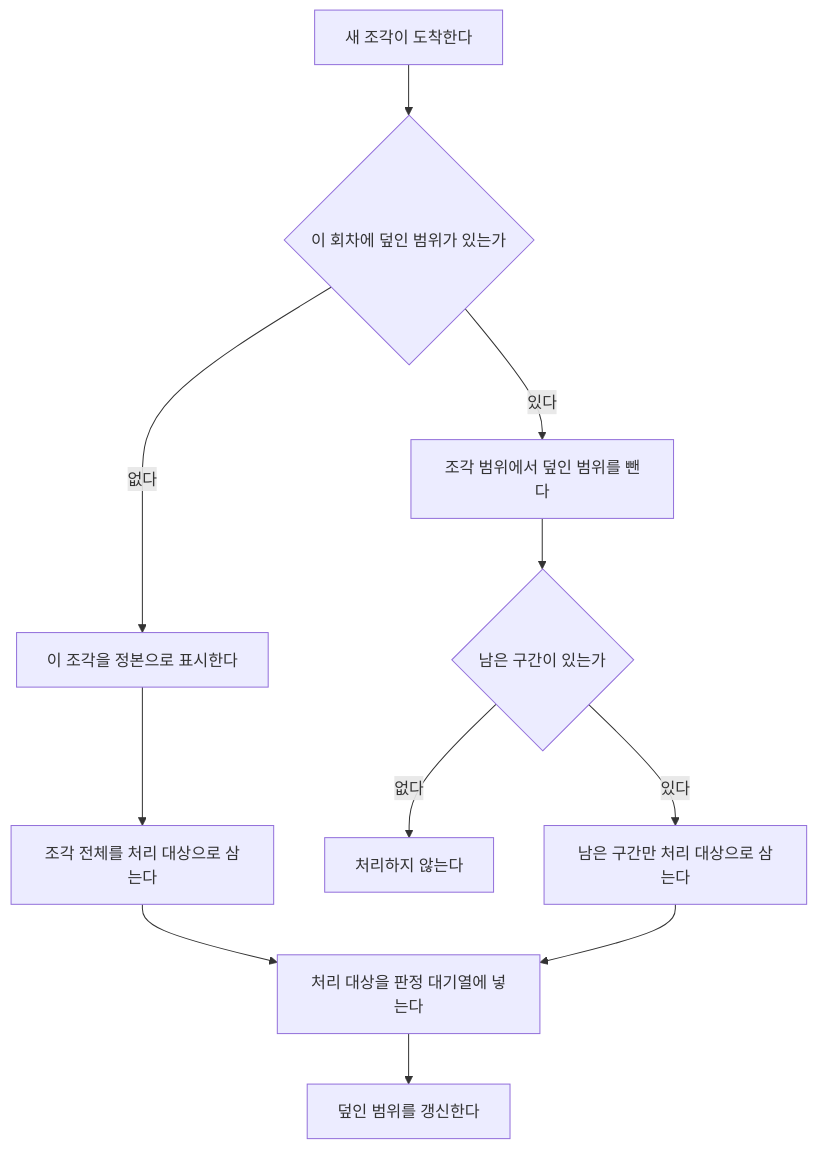
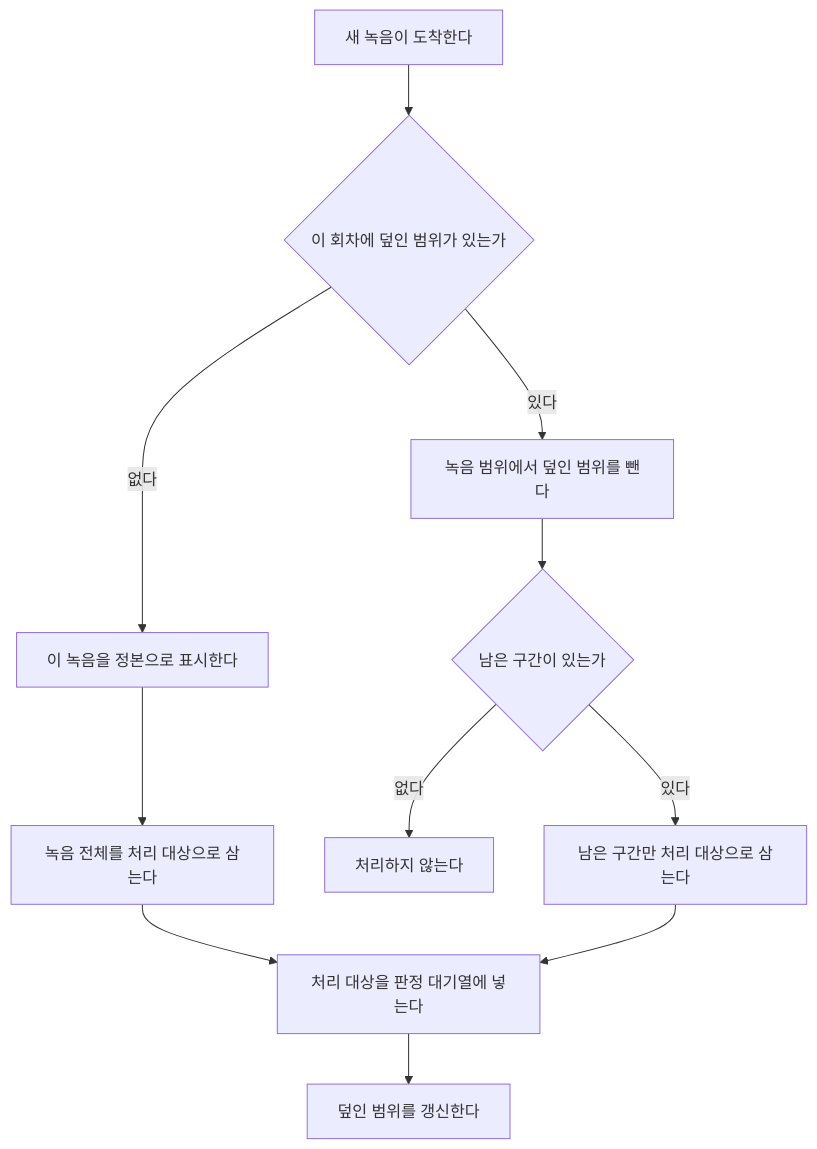
Before and after one commit to hayoungv/kokjip: the second of 4 diagrams in docs/03-tds/tds.md, drawn with Mermaid. The commit also changed other lines of this file and 29 other files, not shown here.

````diff
--- a/docs/03-tds/tds.md
+++ b/docs/03-tds/tds.md
@@ -113,13 +113,13 @@
 ```mermaid
 flowchart TD
-    도착["새 조각이 도착한다"] --> 있나{"이 회차에 덮인 범위가 있는가"}
-    있나 -->|"없다"| 정본["이 조각을 정본으로 표시한다"]
-    정본 --> 전부["조각 전체를 처리 대상으로 삼는다"]
-    있나 -->|"있다"| 차집합["조각 범위에서 덮인 범위를 뺀다"]
+    도착["새 녹음이 도착한다"] --> 있나{"이 회차에 덮인 범위가 있는가"}
+    있나 -->|"없다"| 정본["이 녹음을 정본으로 표시한다"]
+    정본 --> 전부["녹음 전체를 처리 대상으로 삼는다"]
+    있나 -->|"있다"| 차집합["녹음 범위에서 덮인 범위를 뺀다"]
     차집합 --> 남나{"남은 구간이 있는가"}
     남나 -->|"없다"| 끝1["처리하지 않는다"]
     남나 -->|"있다"| 부분["남은 구간만 처리 대상으로 삼는다"]
     전부 --> 등록["처리 대상을 판정 대기열에 넣는다"]
     부분 --> 등록
     등록 --> 갱신["덮인 범위를 갱신한다"]
 ```
````
